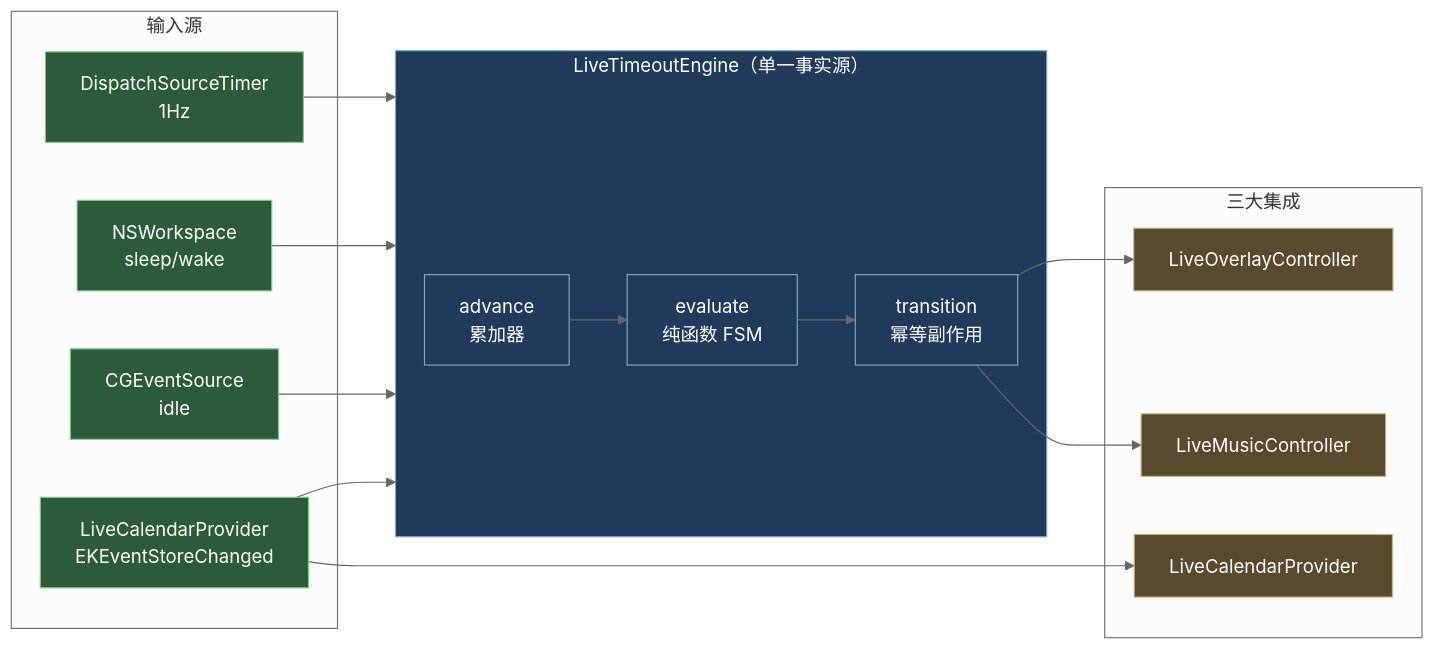
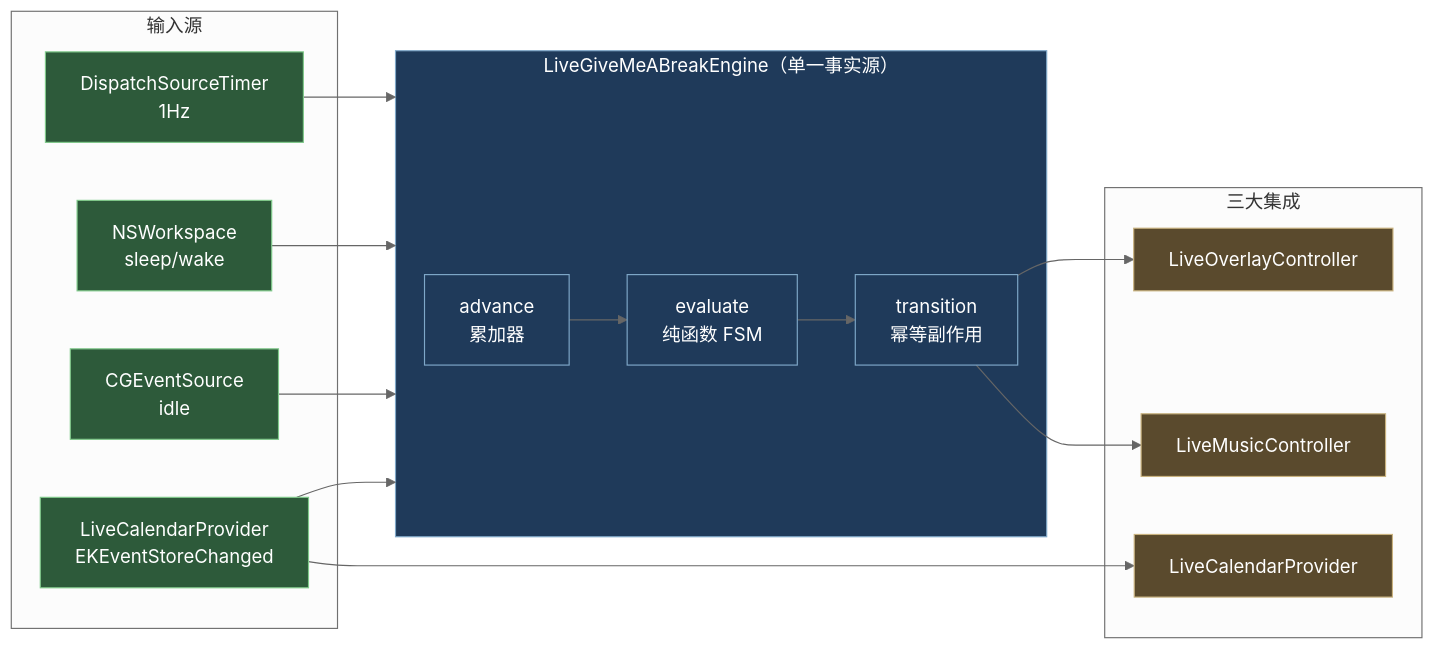
Before and after one commit to ThreeFish-AI/timeout: the diagram in README.md, drawn with Mermaid (neutral theme). The commit also changed other lines of this file and 190 other files, not shown here.

First line of the commit message:
refactor(rename): 项目更名 Timeout → Give me a break（macOS+Windows 全链路联动） (#11)

````diff
--- a/README.md
+++ b/README.md
@@ -22,28 +22,28 @@
 ```mermaid
 flowchart LR
     subgraph Inputs["输入源"]
         T["DispatchSourceTimer<br/>1Hz"]
         SLP["NSWorkspace<br/>sleep/wake"]
         IDLE["CGEventSource<br/>idle"]
         CAL["LiveCalendarProvider<br/>EKEventStoreChanged"]
     end
-    subgraph Engine["LiveTimeoutEngine（单一事实源）"]
+    subgraph Engine["LiveGiveMeABreakEngine（单一事实源）"]
         ADV["advance<br/>累加器"]
         EVAL["evaluate<br/>纯函数 FSM"]
         TR["transition<br/>幂等副作用"]
     end
     subgraph Ctrls["三大集成"]
         OV["LiveOverlayController"]
         MU["LiveMusicController"]
         CAP["LiveCalendarProvider"]
     end
     T --> Engine; SLP --> Engine; IDLE --> Engine; CAL --> Engine
     ADV --> EVAL --> TR
     TR --> OV; TR --> MU; CAL --> CAP
     classDef input fill:#2d5a3a,color:#fff,stroke:#7fc98a
     classDef core fill:#1f3a5a,color:#fff,stroke:#7fa8c9
     classDef ctrl fill:#5a4a2d,color:#fff,stroke:#c9b27f
     class T,SLP,IDLE,CAL input
     class Engine,ADV,EVAL,TR core
     class OV,MU,CAP ctrl
 ```
````
